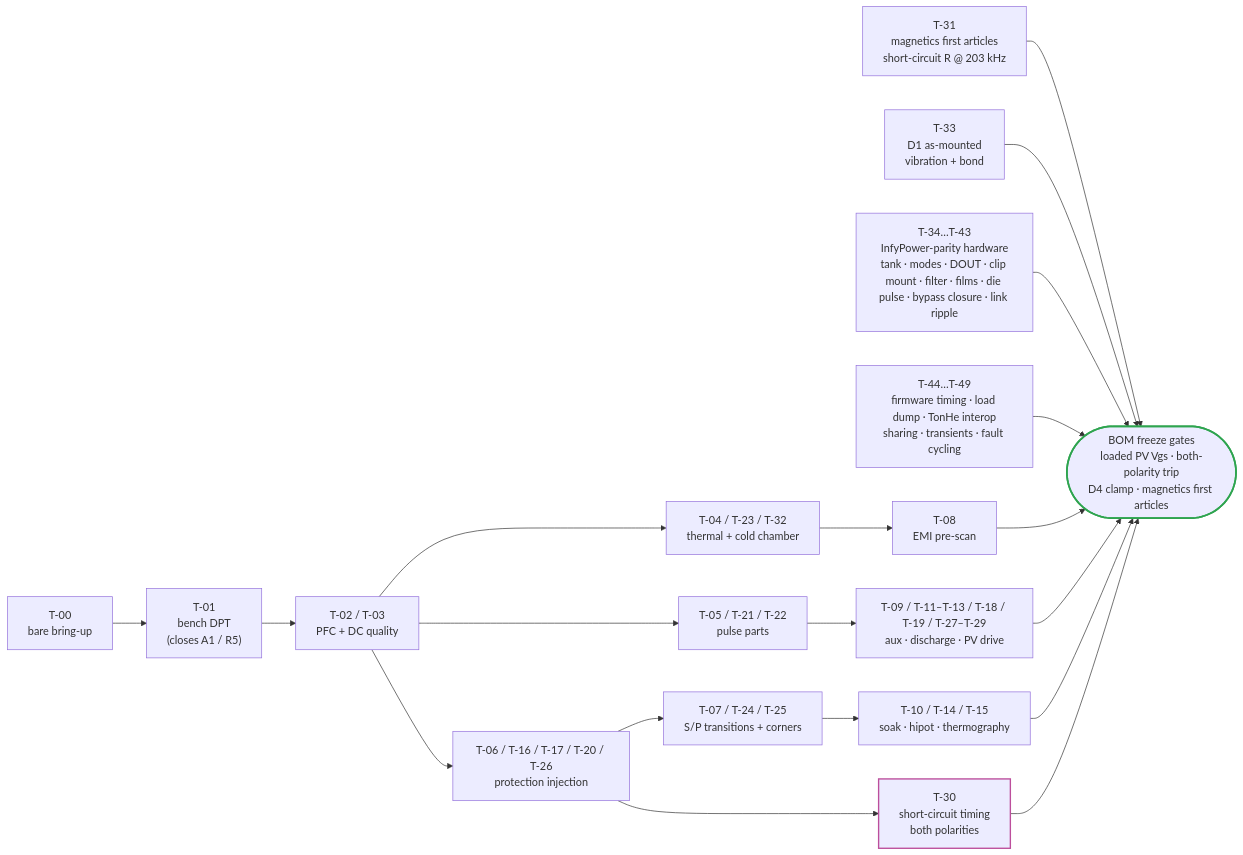
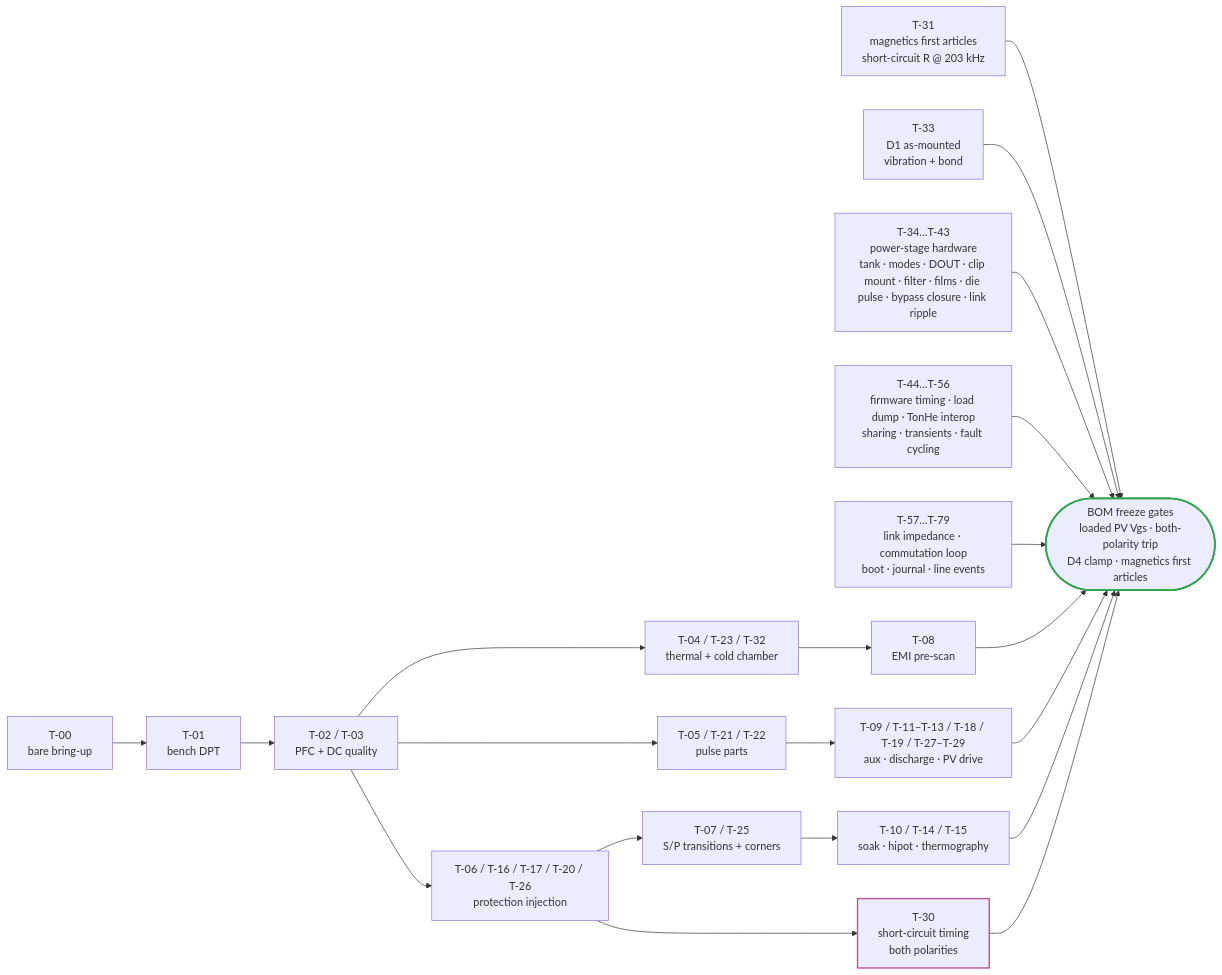
Before and after one commit to vectivolt/DC-Modules: the second of 2 diagrams in docs/evt-plan.md, drawn with Mermaid. The commit also changed other lines of this file and 802 other files, not shown here.

````diff
--- a/docs/evt-plan.md
+++ b/docs/evt-plan.md
@@ -62,23 +64,24 @@
 ```mermaid
 flowchart LR
-  A["T-00<br/>bare bring-up"] --> B["T-01<br/>bench DPT<br/>(closes A1 / R5)"]
+  A["T-00<br/>bare bring-up"] --> B["T-01<br/>bench DPT"]
   B --> C["T-02 / T-03<br/>PFC + DC quality"]
   C --> D["T-04 / T-23 / T-32<br/>thermal + cold chamber"]
   C --> E["T-05 / T-21 / T-22<br/>pulse parts"]
   C --> F["T-06 / T-16 / T-17 / T-20 / T-26<br/>protection injection"]
   F --> SC["T-30<br/>short-circuit timing<br/>both polarities"]
-  F --> G["T-07 / T-24 / T-25<br/>S/P transitions + corners"]
+  F --> G["T-07 / T-25<br/>S/P transitions + corners"]
   D --> H["T-08<br/>EMI pre-scan"]
   E --> I["T-09 / T-11–T-13 / T-18 / T-19 / T-27–T-29<br/>aux · discharge · PV drive"]
   G --> J["T-10 / T-14 / T-15<br/>soak · hipot · thermography"]
   M["T-31<br/>magnetics first articles<br/>short-circuit R @ 203 kHz"] --> K
   VB["T-33<br/>D1 as-mounted<br/>vibration + bond"] --> K
-  IP["T-34…T-43<br/>InfyPower-parity hardware<br/>tank · modes · DOUT · clip mount · filter · films · die pulse · bypass closure · link ripple"] --> K
-  FWP["T-44…T-49<br/>firmware timing · load dump · TonHe interop<br/>sharing · transients · fault cycling"] --> K
+  IP["T-34…T-43<br/>power-stage hardware<br/>tank · modes · DOUT · clip mount · filter · films · die pulse · bypass closure · link ripple"] --> K
+  FWP["T-44…T-56<br/>firmware timing · load dump · TonHe interop<br/>sharing · transients · fault cycling"] --> K
+  PB["T-57…T-79<br/>link impedance · commutation loop<br/>boot · journal · line events"] --> K
   H --> K(["BOM freeze gates<br/>loaded PV Vgs · both-polarity trip<br/>D4 clamp · magnetics first articles"])
   I --> K
   J --> K
   SC --> K
   style K stroke:#2ea44f,stroke-width:2.5px
   style SC stroke:#bc4e9c,stroke-width:2px
 ```
````
